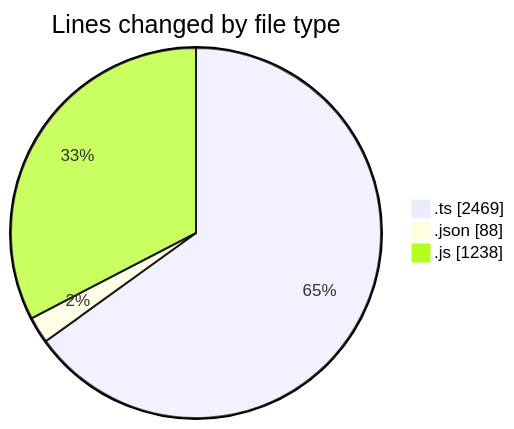
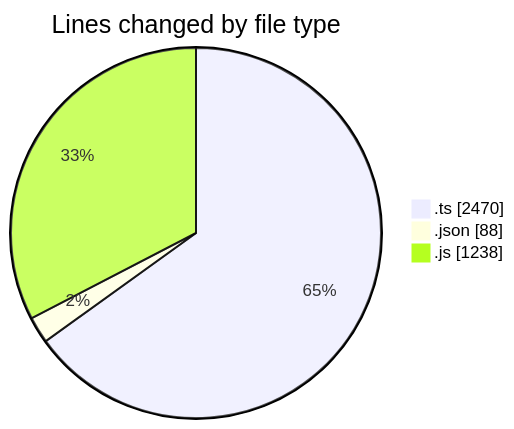
One commit to momahboobian/code-tracking changed the first of 2 diagrams in 2025-07-30/cda/README.md. Above: the diagram before and after it, drawn with Mermaid. The commit also changed other lines of this file and 1 other file, not shown here.

````diff
--- a/2025-07-30/cda/README.md
+++ b/2025-07-30/cda/README.md
@@ -26,7 +26,7 @@
 ```mermaid
 pie showData
 title Lines changed by file type
-".ts" : 2469
+".ts" : 2470
 ".json" : 88
 ".js" : 1238
 ```
````
